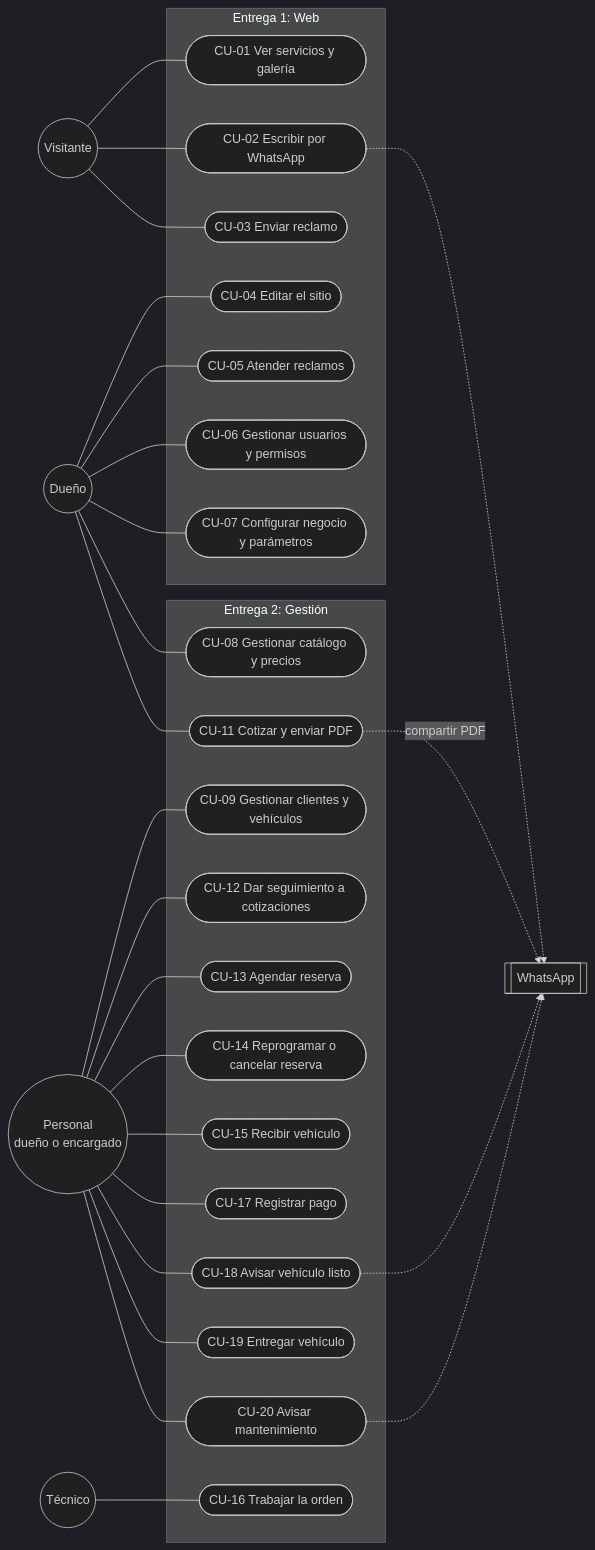
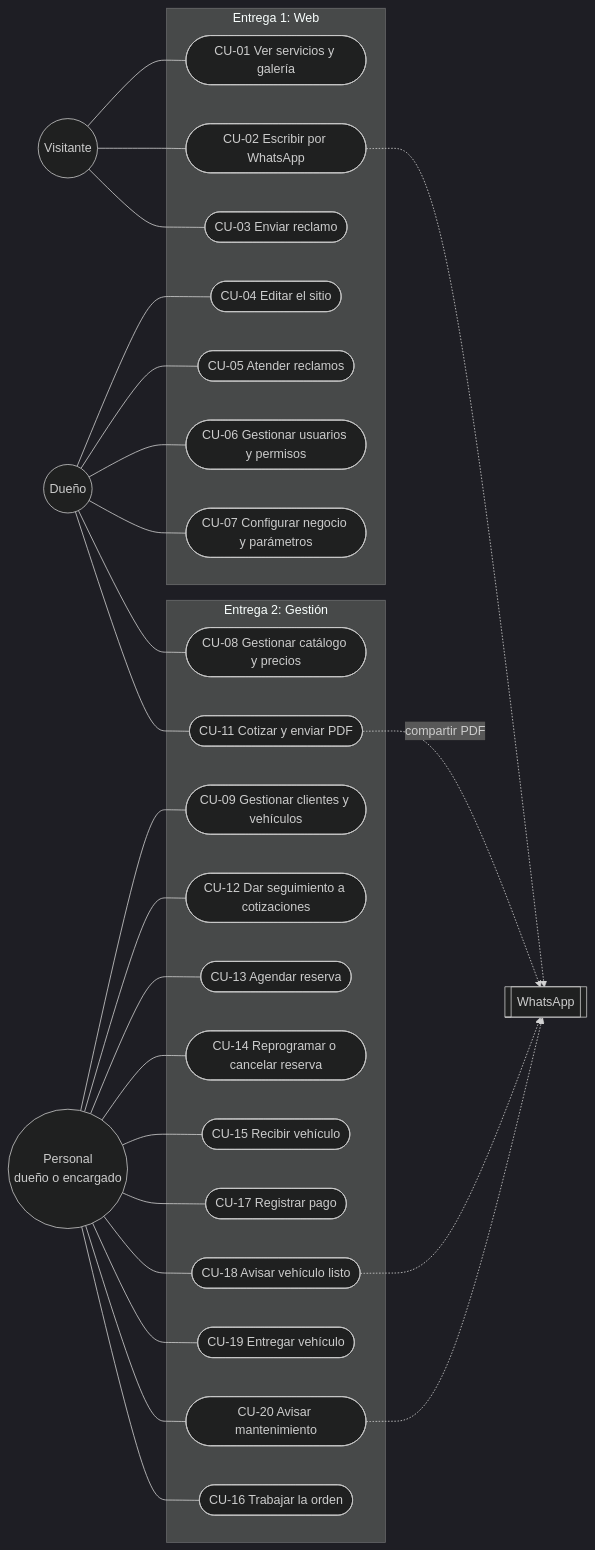
The diagram in docs/05-analisis/casos-de-uso/casos-de-uso.md (albertoamas/toctar), drawn with Mermaid (dark theme) before and after one commit. The commit also changed other lines of this file and 14 other files, not shown here.

````diff
--- a/docs/05-analisis/casos-de-uso/casos-de-uso.md
+++ b/docs/05-analisis/casos-de-uso/casos-de-uso.md
@@ -30,40 +29,39 @@
 ```mermaid
 flowchart LR
     V((Visitante))
     P((Personal<br/>dueño o encargado))
     D((Dueño))
-    T((Técnico))
     W[[WhatsApp]]
 
     subgraph E1[Entrega 1: Web]
         CU01([CU-01 Ver servicios y galería])
         CU02([CU-02 Escribir por WhatsApp])
         CU03([CU-03 Enviar reclamo])
         CU04([CU-04 Editar el sitio])
         CU05([CU-05 Atender reclamos])
         CU06([CU-06 Gestionar usuarios y permisos])
         CU07([CU-07 Configurar negocio y parámetros])
     end
 
     subgraph E2[Entrega 2: Gestión]
         CU08([CU-08 Gestionar catálogo y precios])
         CU09([CU-09 Gestionar clientes y vehículos])
         CU11([CU-11 Cotizar y enviar PDF])
         CU12([CU-12 Dar seguimiento a cotizaciones])
         CU13([CU-13 Agendar reserva])
         CU14([CU-14 Reprogramar o cancelar reserva])
         CU15([CU-15 Recibir vehículo])
         CU16([CU-16 Trabajar la orden])
         CU17([CU-17 Registrar pago])
         CU18([CU-18 Avisar vehículo listo])
         CU19([CU-19 Entregar vehículo])
         CU20([CU-20 Avisar mantenimiento])
     end
 
     V --- CU01 & CU02 & CU03
     D --- CU04 & CU05 & CU06 & CU07 & CU08 & CU11
     P --- CU09 & CU12 & CU13 & CU14 & CU15 & CU17 & CU18 & CU19 & CU20
-    T --- CU16
+    P --- CU16
     CU02 & CU18 & CU20 -.-> W
     CU11 -. compartir PDF .-> W
 ```
````
